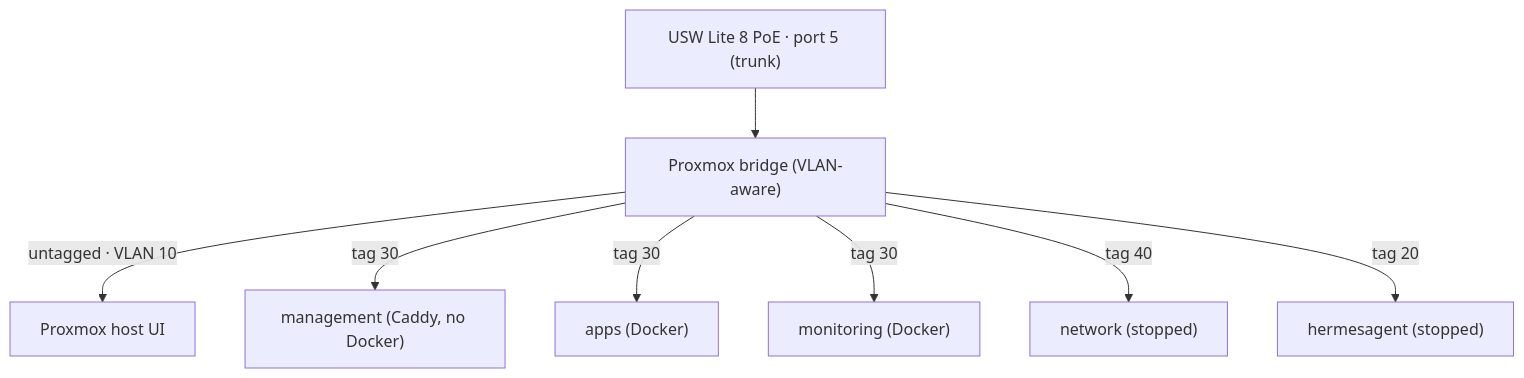
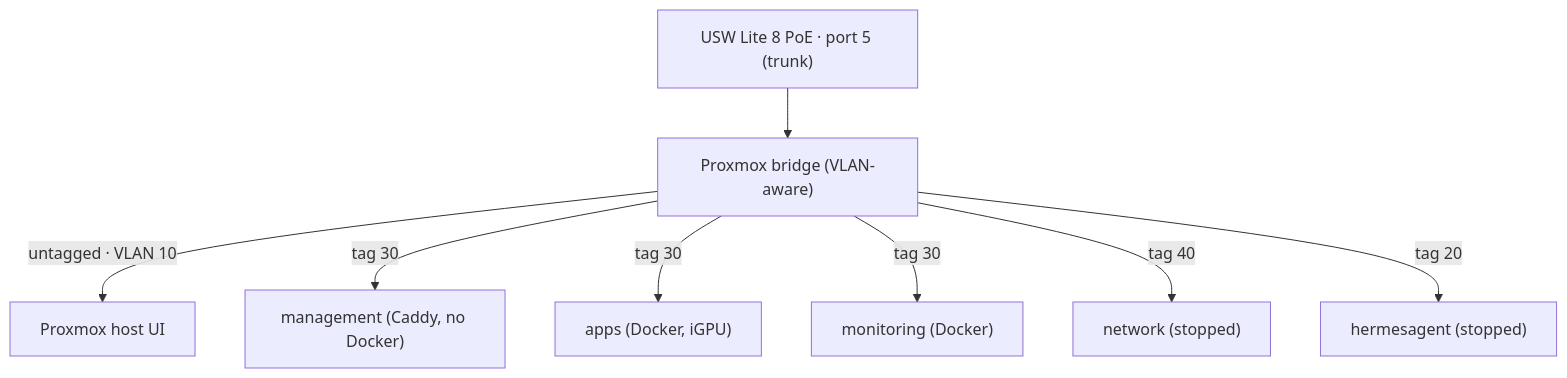
The diagram in docs/homelab.md (shaaz-f/home-server), drawn with Mermaid before and after one commit. The commit also changed other lines of this file and 1 other file, not shown here.

Commit message:
Document iGPU passthrough to apps and guest start-at-boot settings

````diff
--- a/docs/homelab.md
+++ b/docs/homelab.md
@@ -13,10 +14,10 @@
 ```mermaid
 flowchart TD
     SW["USW Lite 8 PoE · port 5 (trunk)"] --> BR["Proxmox bridge (VLAN-aware)"]
     BR -- "untagged · VLAN 10" --> HOST["Proxmox host UI"]
     BR -- "tag 30" --> CADDY["management (Caddy, no Docker)"]
-    BR -- "tag 30" --> APPS["apps (Docker)"]
+    BR -- "tag 30" --> APPS["apps (Docker, iGPU)"]
     BR -- "tag 30" --> MON["monitoring (Docker)"]
     BR -- "tag 40" --> NET["network (stopped)"]
     BR -- "tag 20" --> HERMES["hermesagent (stopped)"]
 ```
````
